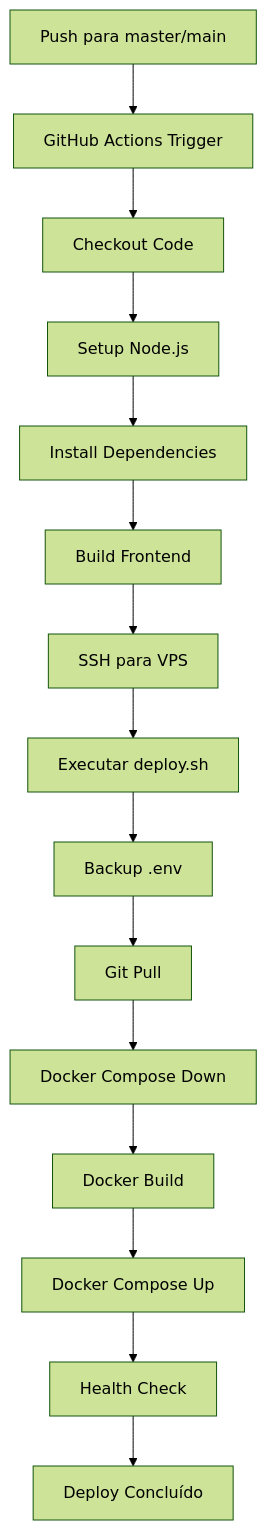
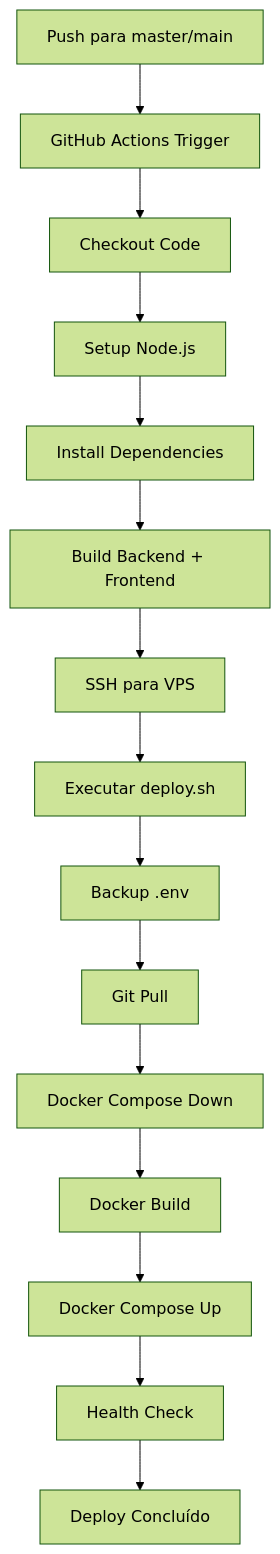
One commit to Cleeber/Monitoramento changed the diagram in DEPLOY_AUTOMATICO.md. Above: the diagram before and after it, drawn with Mermaid (forest theme). The commit also changed other lines of this file and 92 other files, not shown here.

First line of the commit message:
Refactor: unify backend and frontend into single monorepo process

````diff
--- a/DEPLOY_AUTOMATICO.md
+++ b/DEPLOY_AUTOMATICO.md
@@ -49,17 +49,17 @@
 ```mermaid
 graph TD
     A[Push para master/main] --> B[GitHub Actions Trigger]
     B --> C[Checkout Code]
     C --> D[Setup Node.js]
     D --> E[Install Dependencies]
-    E --> F[Build Frontend]
+    E --> F[Build Backend + Frontend]
     F --> G[SSH para VPS]
     G --> H[Executar deploy.sh]
     H --> I[Backup .env]
     I --> J[Git Pull]
     J --> K[Docker Compose Down]
     K --> L[Docker Build]
     L --> M[Docker Compose Up]
     M --> N[Health Check]
     N --> O[Deploy Concluído]
 ```
````
